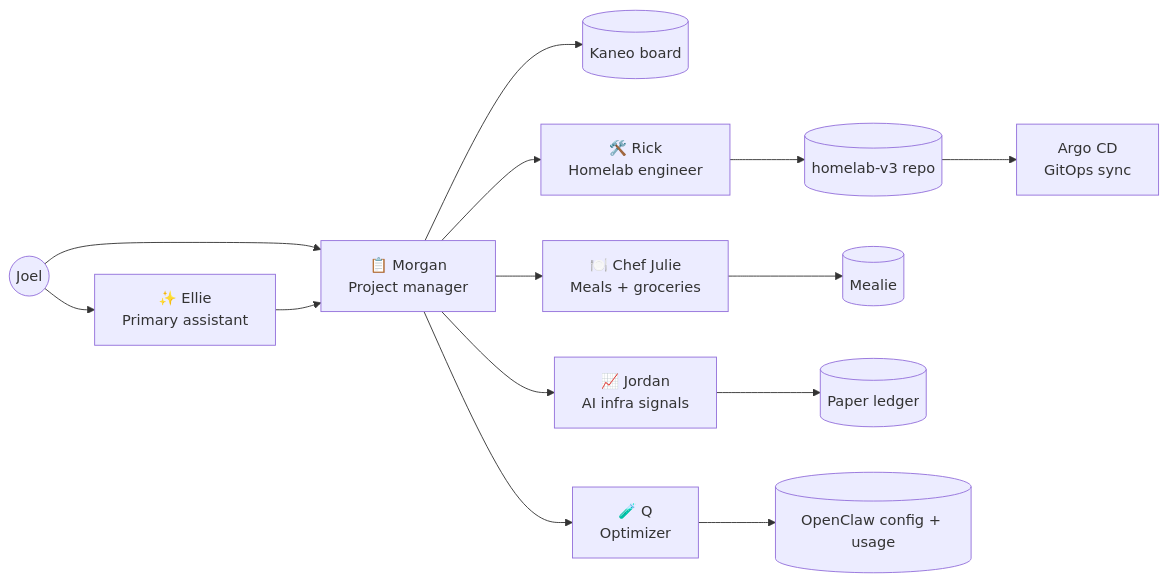
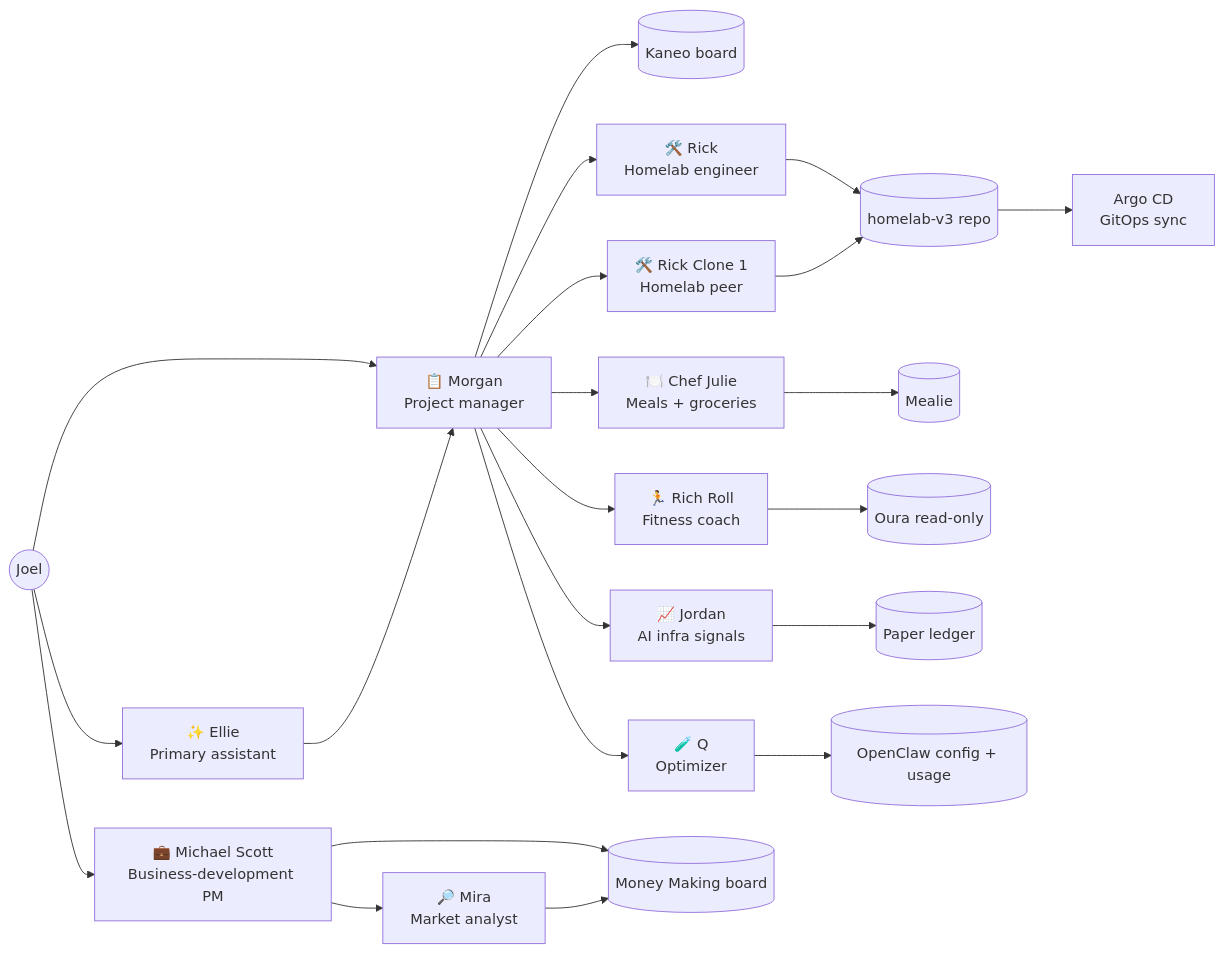
The first of 3 diagrams in docs/agents/README.md (joelmccoy/homelab-v3), drawn with Mermaid before and after one commit. The commit also changed other lines of this file and 4 other files, not shown here.

````diff
--- a/docs/agents/README.md
+++ b/docs/agents/README.md
@@ -9,18 +9,27 @@
 ```mermaid
 flowchart LR
     Joel((Joel)) --> Ellie["✨ Ellie\nPrimary assistant"]
     Joel --> Morgan["📋 Morgan\nProject manager"]
+    Joel --> Michael["💼 Michael Scott\nBusiness-development PM"]
 
     Ellie --> Morgan
     Morgan --> Kaneo[(Kaneo board)]
     Morgan --> Rick["🛠️ Rick\nHomelab engineer"]
+    Morgan --> RickClone["🛠️ Rick Clone 1\nHomelab peer"]
     Morgan --> Julie["🍽️ Chef Julie\nMeals + groceries"]
+    Morgan --> Rich["🏃 Rich Roll\nFitness coach"]
     Morgan --> Jordan["📈 Jordan\nAI infra signals"]
     Morgan --> Q["🧪 Q\nOptimizer"]
 
+    Michael --> Mira["🔎 Mira\nMarket analyst"]
+    Michael --> MoneyKaneo[(Money Making board)]
+    Mira --> MoneyKaneo
+
     Rick --> Homelab[(homelab-v3 repo)]
+    RickClone --> Homelab
     Homelab --> Argo["Argo CD\nGitOps sync"]
     Julie --> Mealie[(Mealie)]
+    Rich --> Oura[(Oura read-only)]
     Jordan --> Ledger[(Paper ledger)]
     Q --> OpenClaw[(OpenClaw config + usage)]
 ```
````
